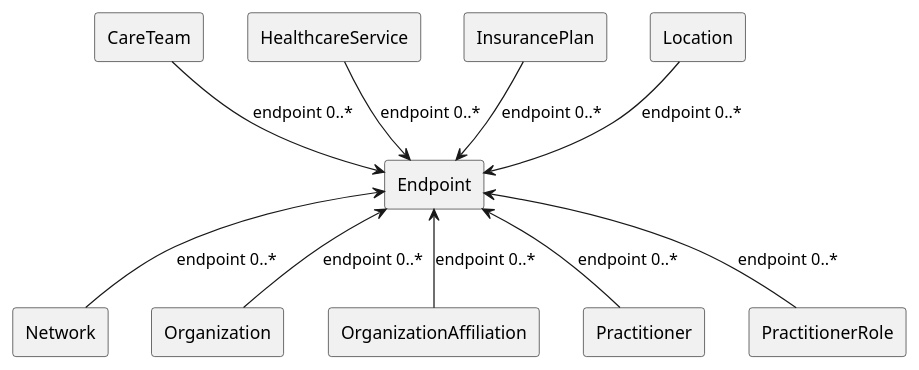
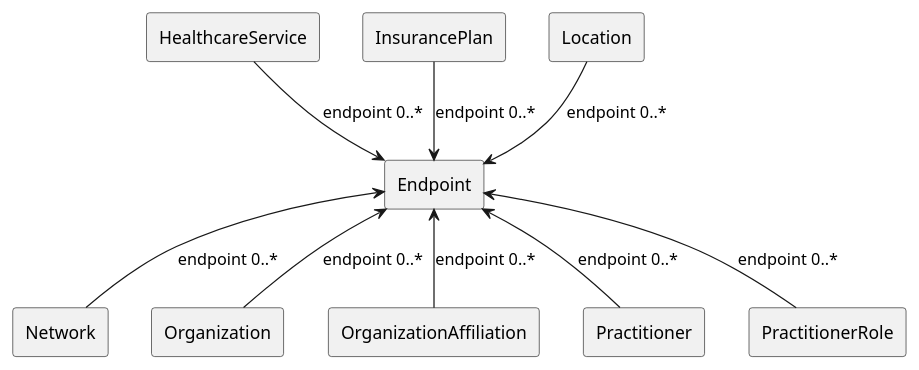
The diagram in input/images-source/RelResource2.plantuml (HL7/fhir-us-ndh), drawn with PlantUML before and after one commit. The commit also changed 17 other files, not shown here.

Commit message:
remove a few remaining CareTeam references

```diff
--- a/input/images-source/RelResource2.plantuml
+++ b/input/images-source/RelResource2.plantuml
@@ -1,25 +1,23 @@
 @startuml
 
 agent Endpoint as endpoint 
-agent CareTeam as careteam
 agent HealthcareService as healthcareService
 agent InsurancePlan as insurance
 agent Location as location
 agent Network as network
 agent Organization as organization
 agent OrganizationAffiliation as organizationaffiliation
 agent Practitioner as practitioner
 agent PractitionerRole as practitionerrole
 
 
-careteam -down-> endpoint : "endpoint 0..*" 
 healthcareService -down-> endpoint : "endpoint 0..*" 
 insurance -down-> endpoint : "endpoint 0..*" 
 location -down-> endpoint : "endpoint 0..*" 
 network -up-> endpoint : "endpoint 0..*" 
 organization -up-> endpoint : "endpoint 0..*" 
 organizationaffiliation -up-> endpoint : "endpoint 0..*" 
 practitioner -up-> endpoint : "endpoint 0..*" 
 practitionerrole -up-> endpoint : "endpoint 0..*" 
 
 @enduml
```
